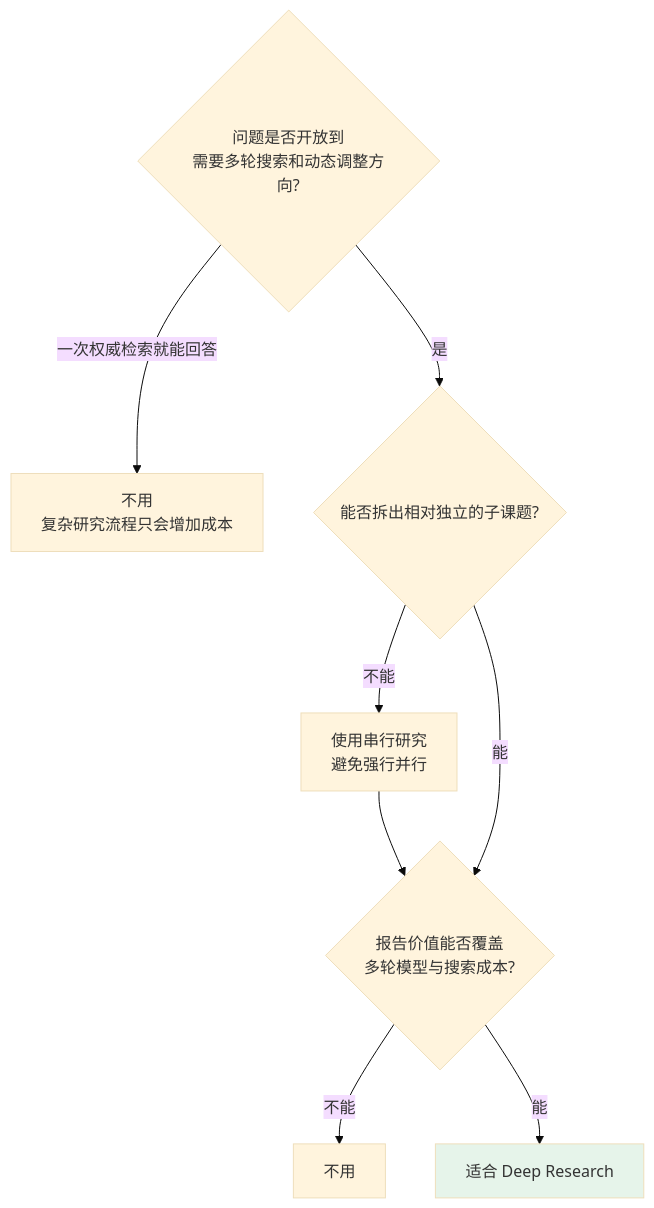
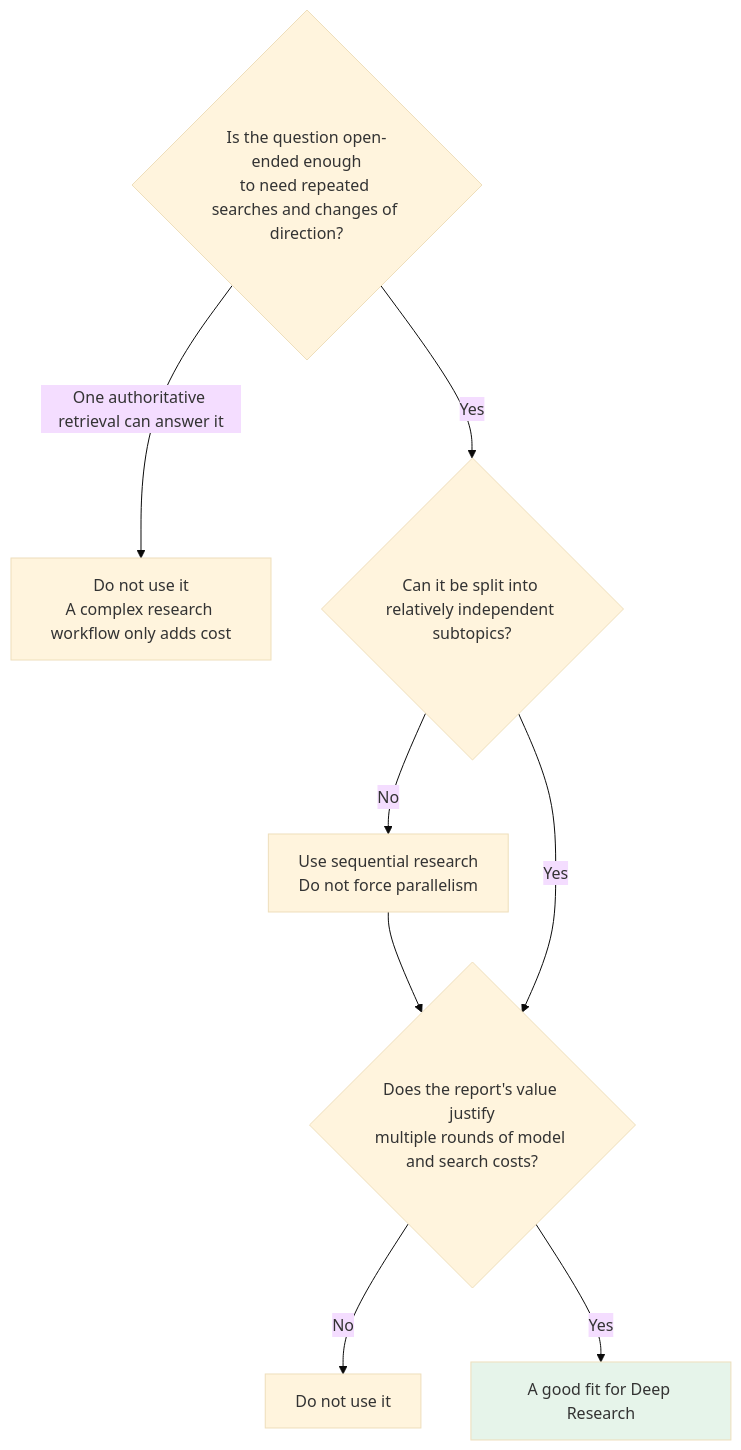
The third of 3 diagrams in docs/frameworks/01-langchain/05-production/12-deep-research.md (oneleaveknowsthefall/awesome-ai-roadmap), drawn with Mermaid (base theme) before and after one commit. The commit also changed other lines of this file and 70 other files, not shown here.

````diff
--- a/docs/frameworks/01-langchain/05-production/12-deep-research.md
+++ b/docs/frameworks/01-langchain/05-production/12-deep-research.md
@@ -155,13 +155,13 @@
 ```mermaid
 flowchart TB
-    Q1{"问题是否开放到<br/>需要多轮搜索和动态调整方向?"}
-    Q1 -->|一次权威检索就能回答| N1["不用<br/>复杂研究流程只会增加成本"]
-    Q1 -->|是| Q2{"能否拆出相对独立的子课题?"}
-    Q2 -->|不能| N2["使用串行研究<br/>避免强行并行"]
+    Q1{"Is the question open-ended enough<br/>to need repeated searches and changes of direction?"}
+    Q1 -->|One authoritative retrieval can answer it| N1["Do not use it<br/>A complex research workflow only adds cost"]
+    Q1 -->|Yes| Q2{"Can it be split into relatively independent subtopics?"}
+    Q2 -->|No| N2["Use sequential research<br/>Do not force parallelism"]
     N2 --> Q3
-    Q2 -->|能| Q3{"报告价值能否覆盖<br/>多轮模型与搜索成本?"}
-    Q3 -->|不能| N3["不用"]
-    Q3 -->|能| Y["适合 Deep Research"]
+    Q2 -->|Yes| Q3{"Does the report's value justify<br/>multiple rounds of model and search costs?"}
+    Q3 -->|No| N3["Do not use it"]
+    Q3 -->|Yes| Y["A good fit for Deep Research"]
 
     style Y fill:#e6f4ea
 ```
````
